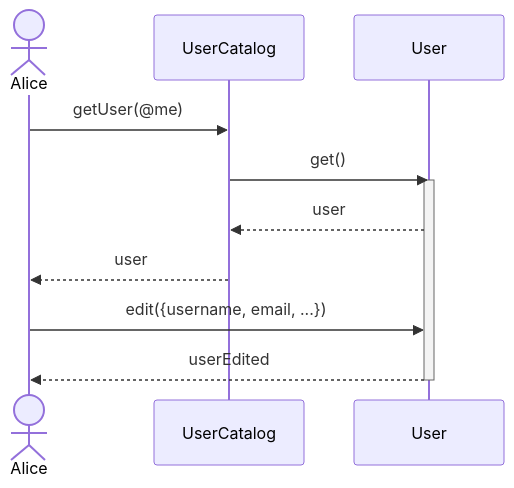
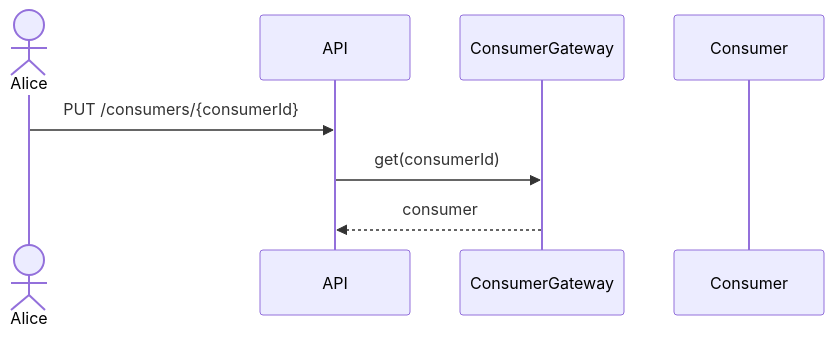
The ninth of 32 diagrams in sequence.md (hivetown/planning), drawn with Mermaid before and after one commit. The commit also changed other lines of this file, not shown here.

````diff
--- a/sequence.md
+++ b/sequence.md
@@ -246,15 +285,11 @@
 ```mermaid
 sequenceDiagram
     actor A as Alice
-    participant UC as UserCatalog
-    participant U as User
+    participant API
+    participant CG as ConsumerGateway
+    participant C as Consumer
 
-    A ->> UC: getUser(@me)
-    UC ->> U: get()
-    activate U
-    U -->> UC: user
-    UC -->> A: user
-    A ->> U: edit({username, email, ...})
-    U -->> A: userEdited
-    deactivate U
+    A ->> API: PUT /consumers/{consumerId}
+    API ->> CG: get(consumerId)
+    CG -->> API: consumer
 ```
````
